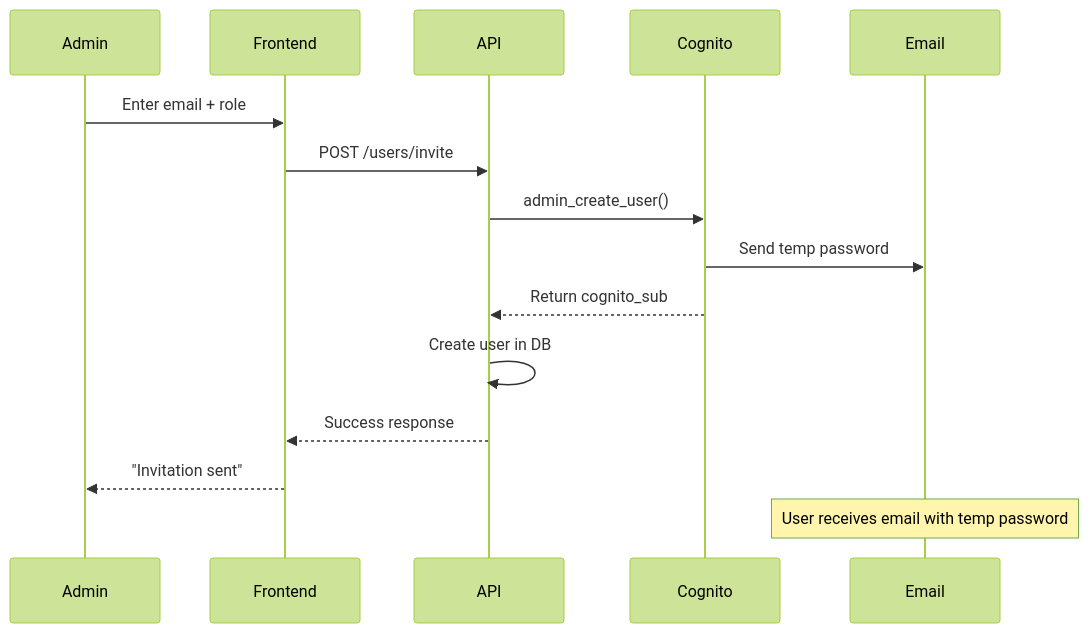
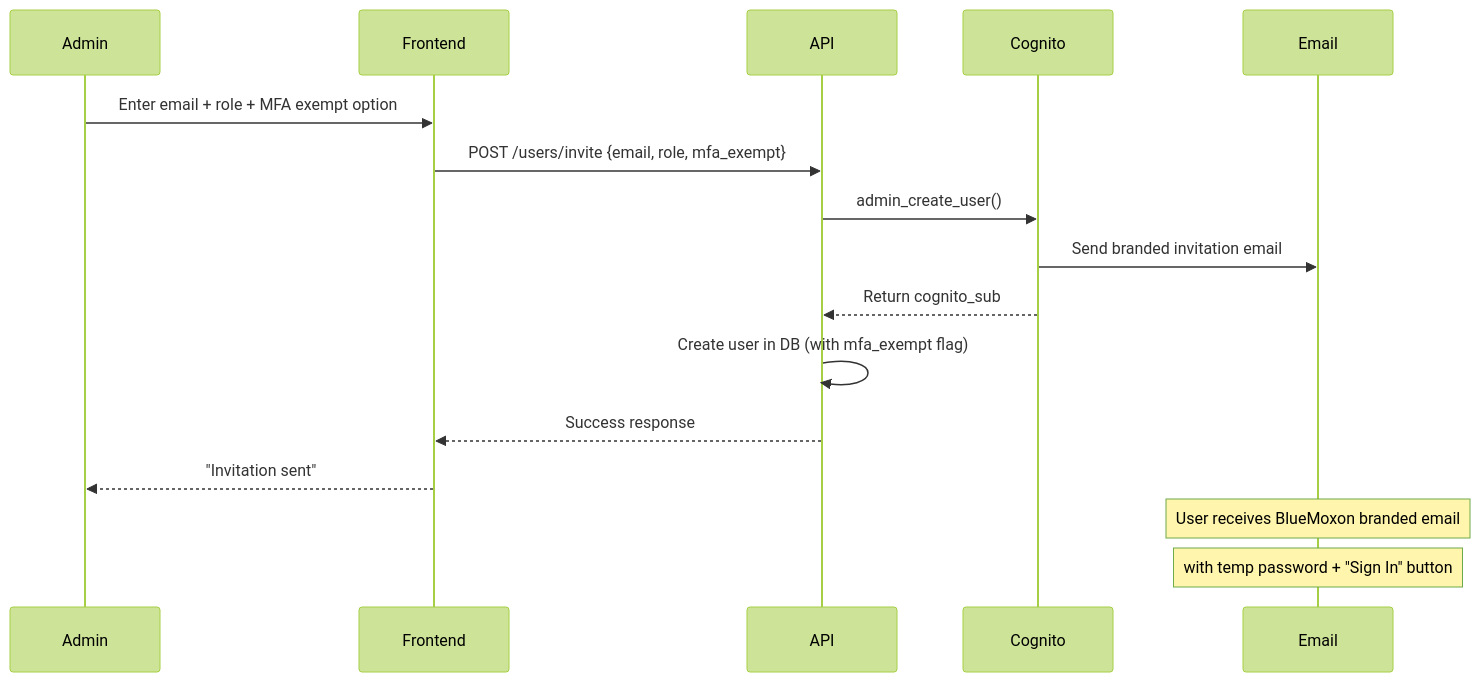
Before and after one commit to markthebest12/bluemoxon: the first of 9 diagrams in docs/API_REFERENCE.md, drawn with Mermaid (forest theme). The commit also changed other lines of this file, not shown here.

First line of the commit message:
docs: Update admin documentation for MFA workflows

````diff
--- a/docs/API_REFERENCE.md
+++ b/docs/API_REFERENCE.md
@@ -1271,19 +1307,20 @@
 ```mermaid
 sequenceDiagram
     participant Admin
     participant Frontend
     participant API
     participant Cognito
     participant Email
 
-    Admin->>Frontend: Enter email + role
-    Frontend->>API: POST /users/invite
+    Admin->>Frontend: Enter email + role + MFA exempt option
+    Frontend->>API: POST /users/invite {email, role, mfa_exempt}
     API->>Cognito: admin_create_user()
-    Cognito->>Email: Send temp password
+    Cognito->>Email: Send branded invitation email
     Cognito-->>API: Return cognito_sub
-    API->>API: Create user in DB
+    API->>API: Create user in DB (with mfa_exempt flag)
     API-->>Frontend: Success response
     Frontend-->>Admin: "Invitation sent"
 
-    Note over Email: User receives email with temp password
+    Note over Email: User receives BlueMoxon branded email
+    Note over Email: with temp password + "Sign In" button
 ```
````
